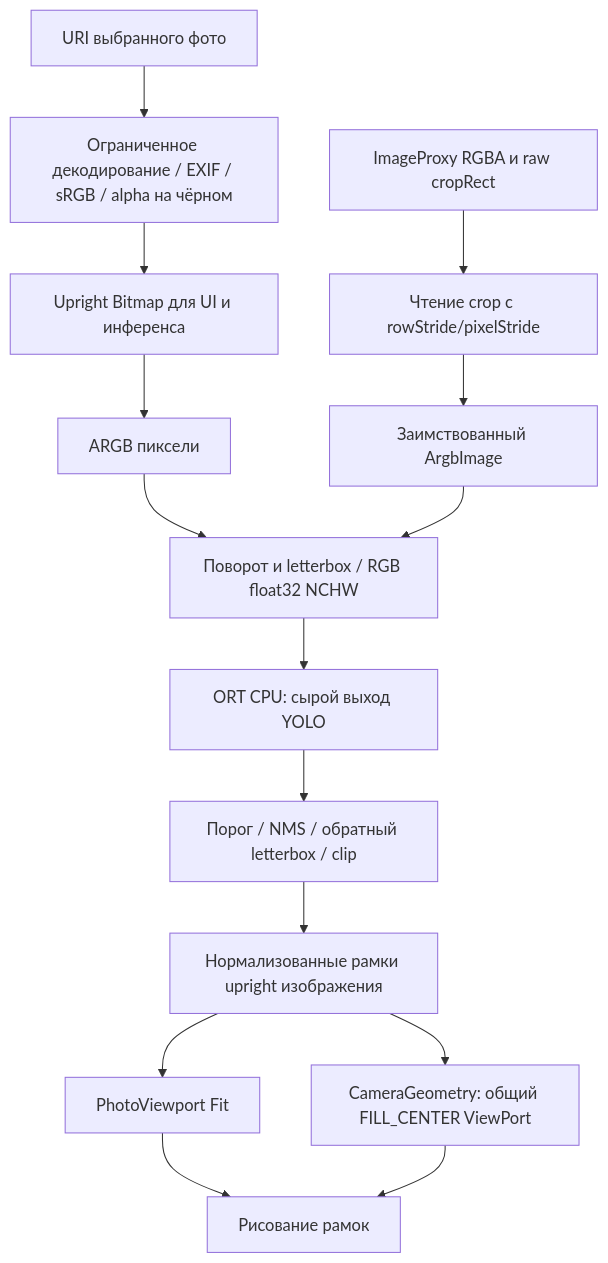
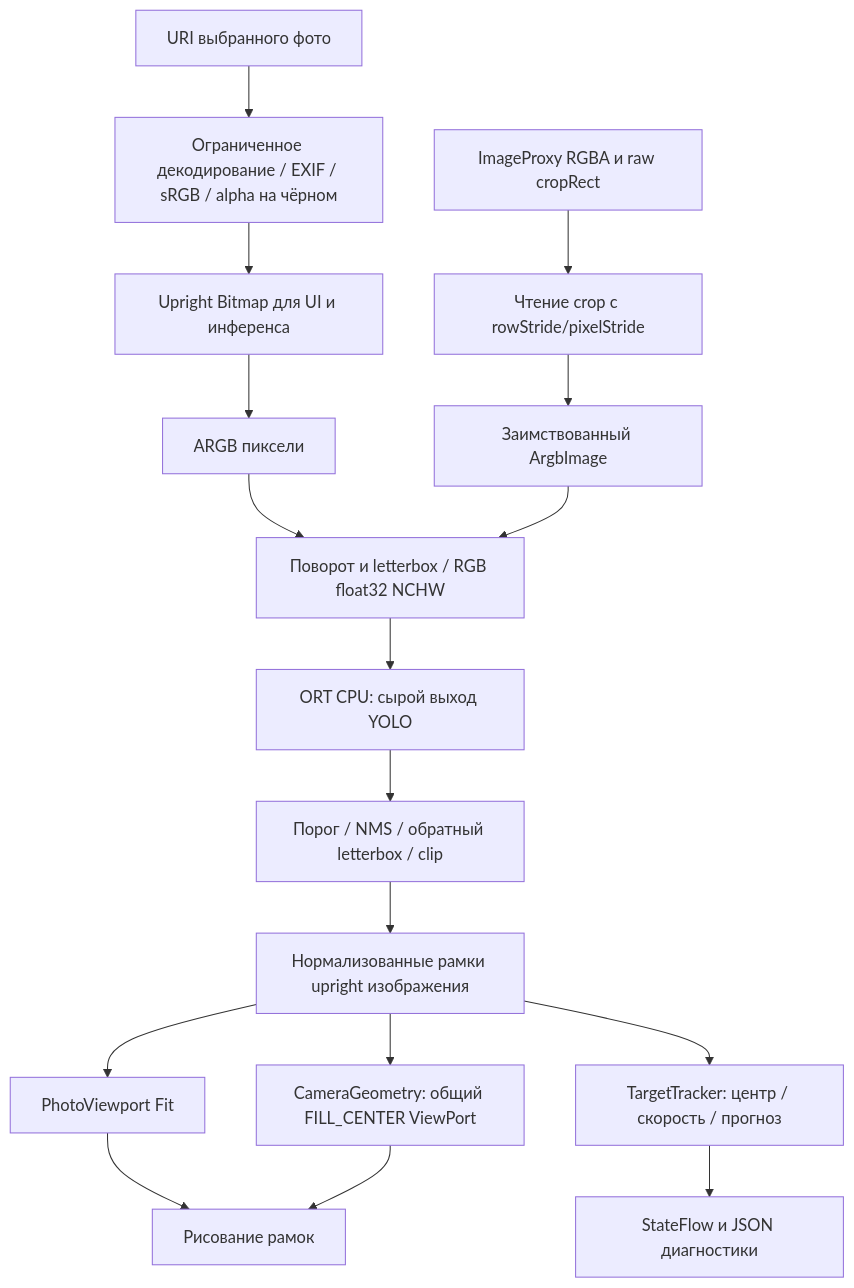
The diagram in docs/architecture/data-flow.md (Kr1st10/drone-cv-android-prototype), drawn with Mermaid before and after one commit. The commit also changed other lines of this file and 16 other files, not shown here.

````diff
--- a/docs/architecture/data-flow.md
+++ b/docs/architecture/data-flow.md
@@ -7,17 +7,19 @@
 ```mermaid
 flowchart TD
     P[URI выбранного фото] --> D[Ограниченное декодирование / EXIF / sRGB / alpha на чёрном]
     D --> B[Upright Bitmap для UI и инференса]
     B --> A[ARGB пиксели]
     C[ImageProxy RGBA и raw cropRect] --> R[Чтение crop с rowStride/pixelStride]
     R --> A2[Заимствованный ArgbImage]
     A --> Pre[Поворот и letterbox / RGB float32 NCHW]
     A2 --> Pre
     Pre --> ORT[ORT CPU: сырой выход YOLO]
     ORT --> Post[Порог / NMS / обратный letterbox / clip]
     Post --> Norm[Нормализованные рамки upright изображения]
     Norm --> Photo[PhotoViewport Fit]
     Norm --> Camera[CameraGeometry: общий FILL_CENTER ViewPort]
+    Norm --> Target[TargetTracker: центр / скорость / прогноз]
+    Target --> Signal[StateFlow и JSON диагностики]
     Photo --> Draw[Рисование рамок]
     Camera --> Draw
 ```
````
